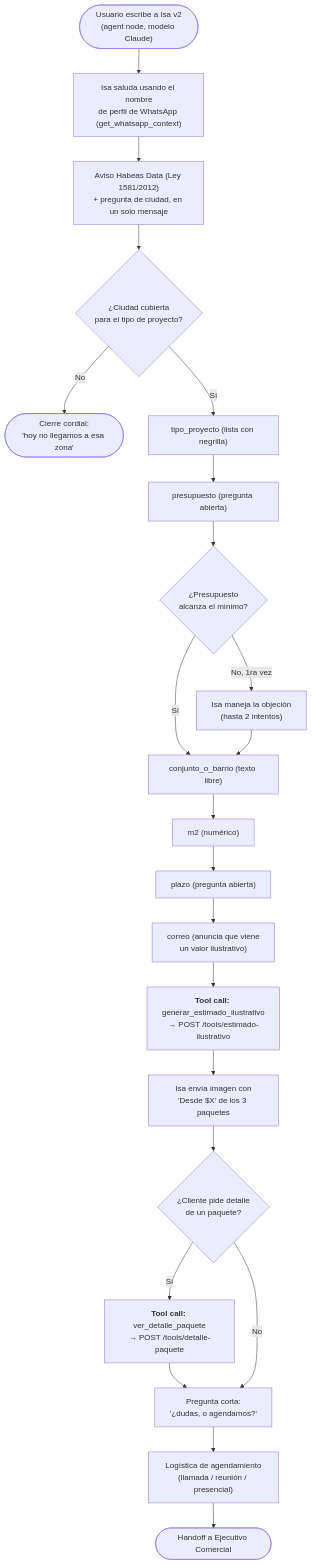
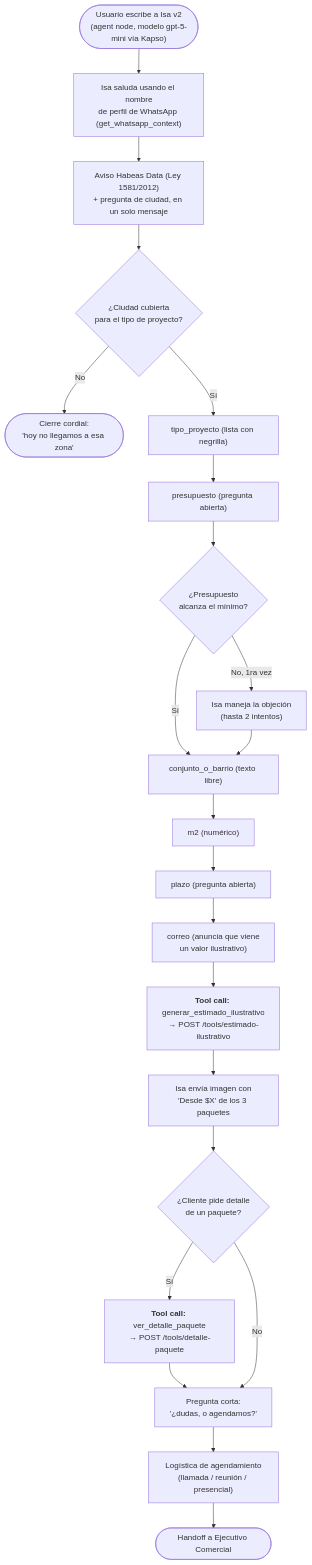
Before and after one commit to espazios/espazios-web: the third of 4 diagrams in docs/isa/01-diagramas-funcionales.md, drawn with Mermaid. The commit also changed other lines of this file and 3 other files, not shown here.

First line of the commit message:
docs: evidencia en vivo de Kapso — corrige el modelo real de Isa v2

````diff
--- a/docs/isa/01-diagramas-funcionales.md
+++ b/docs/isa/01-diagramas-funcionales.md
@@ -75,24 +79,24 @@
 ```mermaid
 flowchart TD
-    A(["Usuario escribe a Isa v2<br/>(agent node, modelo Claude)"]) --> B["Isa saluda usando el nombre<br/>de perfil de WhatsApp (get_whatsapp_context)"]
+    A(["Usuario escribe a Isa v2<br/>(agent node, modelo gpt-5-mini vía Kapso)"]) --> B["Isa saluda usando el nombre<br/>de perfil de WhatsApp (get_whatsapp_context)"]
     B --> C["Aviso Habeas Data (Ley 1581/2012)<br/>+ pregunta de ciudad, en un solo mensaje"]
     C --> D{"¿Ciudad cubierta<br/>para el tipo de proyecto?"}
     D -- No --> Z(["Cierre cordial:<br/>'hoy no llegamos a esa zona'"])
     D -- Sí --> E["tipo_proyecto (lista con negrilla)"]
     E --> F["presupuesto (pregunta abierta)"]
     F --> G{"¿Presupuesto<br/>alcanza el mínimo?"}
     G -- "No, 1ra vez" --> G2["Isa maneja la objeción<br/>(hasta 2 intentos)"]
     G -- Sí --> H["conjunto_o_barrio (texto libre)"]
     G2 --> H
     H --> I["m2 (numérico)"]
     I --> J["plazo (pregunta abierta)"]
     J --> K["correo (anuncia que viene<br/>un valor ilustrativo)"]
     K --> L["<b>Tool call:</b> generar_estimado_ilustrativo<br/>→ POST /tools/estimado-ilustrativo"]
     L --> M["Isa envía imagen con<br/>'Desde $X' de los 3 paquetes"]
     M --> N{"¿Cliente pide detalle<br/>de un paquete?"}
     N -- Sí --> N2["<b>Tool call:</b> ver_detalle_paquete<br/>→ POST /tools/detalle-paquete"]
     N2 --> O
     N -- No --> O["Pregunta corta:<br/>'¿dudas, o agendamos?'"]
     O --> P["Logística de agendamiento<br/>(llamada / reunión / presencial)"]
     P --> Q(["Handoff a Ejecutivo Comercial"])
 ```
````
